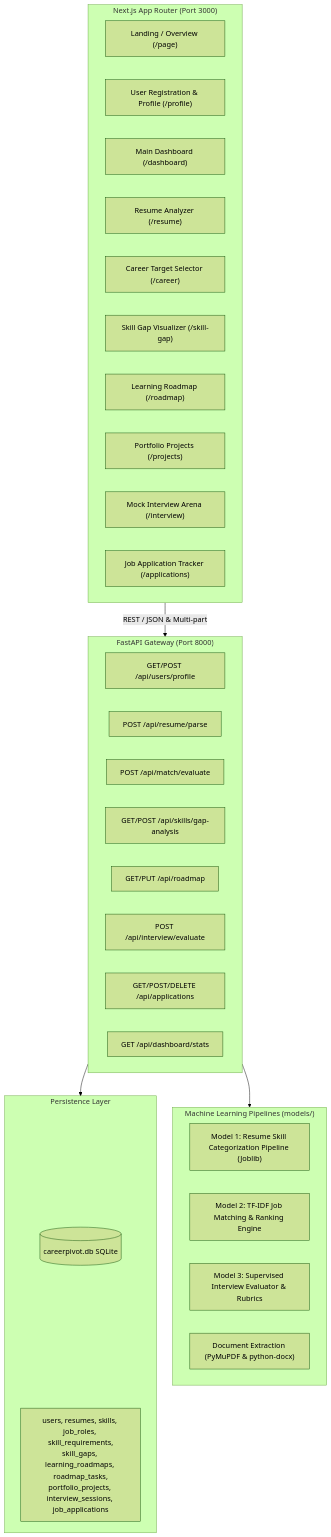
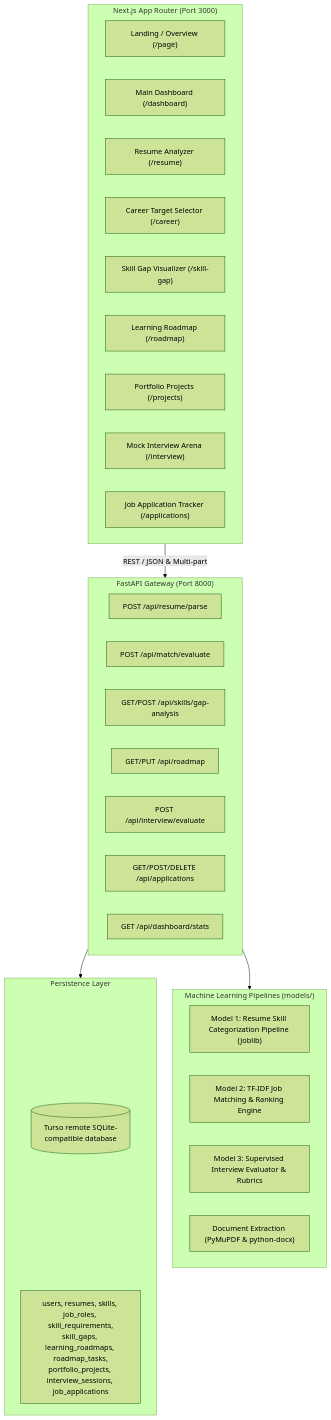
The diagram in docs/architecture.md (shubham5177/CareerPivot), drawn with Mermaid (forest theme) before and after one commit. The commit also changed other lines of this file and 45 other files, not shown here.

````diff
--- a/docs/architecture.md
+++ b/docs/architecture.md
@@ -7,43 +7,41 @@
 ```mermaid
 flowchart TD
     subgraph Client["Next.js App Router (Port 3000)"]
         UI_Home["Landing / Overview (/page)"]
-        UI_Profile["User Registration & Profile (/profile)"]
         UI_Dash["Main Dashboard (/dashboard)"]
         UI_Resume["Resume Analyzer (/resume)"]
         UI_Career["Career Target Selector (/career)"]
         UI_Gap["Skill Gap Visualizer (/skill-gap)"]
         UI_Roadmap["Learning Roadmap (/roadmap)"]
         UI_Projects["Portfolio Projects (/projects)"]
         UI_Interview["Mock Interview Arena (/interview)"]
         UI_Apps["Job Application Tracker (/applications)"]
     end
 
     subgraph API_Gateway["FastAPI Gateway (Port 8000)"]
-        EP_Profile["GET/POST /api/users/profile"]
         EP_Resume["POST /api/resume/parse"]
         EP_Match["POST /api/match/evaluate"]
         EP_Gap["GET/POST /api/skills/gap-analysis"]
         EP_Roadmap["GET/PUT /api/roadmap"]
         EP_Interview["POST /api/interview/evaluate"]
         EP_Applications["GET/POST/DELETE /api/applications"]
         EP_Dashboard["GET /api/dashboard/stats"]
     end
 
     subgraph ML_Engine["Machine Learning Pipelines (models/)"]
         M1["Model 1: Resume Skill Categorization Pipeline (Joblib)"]
         M2["Model 2: TF-IDF Job Matching & Ranking Engine"]
         M3["Model 3: Supervised Interview Evaluator & Rubrics"]
         Parser["Document Extraction (PyMuPDF & python-docx)"]
     end
 
     subgraph Storage["Persistence Layer"]
-        DB[(careerpivot.db SQLite)]
+        DB[(Turso remote SQLite-compatible database)]
         Tables["users, resumes, skills, job_roles, skill_requirements,\nskill_gaps, learning_roadmaps, roadmap_tasks,\nportfolio_projects, interview_sessions, job_applications"]
     end
 
     Client -->|REST / JSON & Multi-part| API_Gateway
     API_Gateway --> ML_Engine
     API_Gateway --> Storage
     Storage --- Tables
 ```
````
